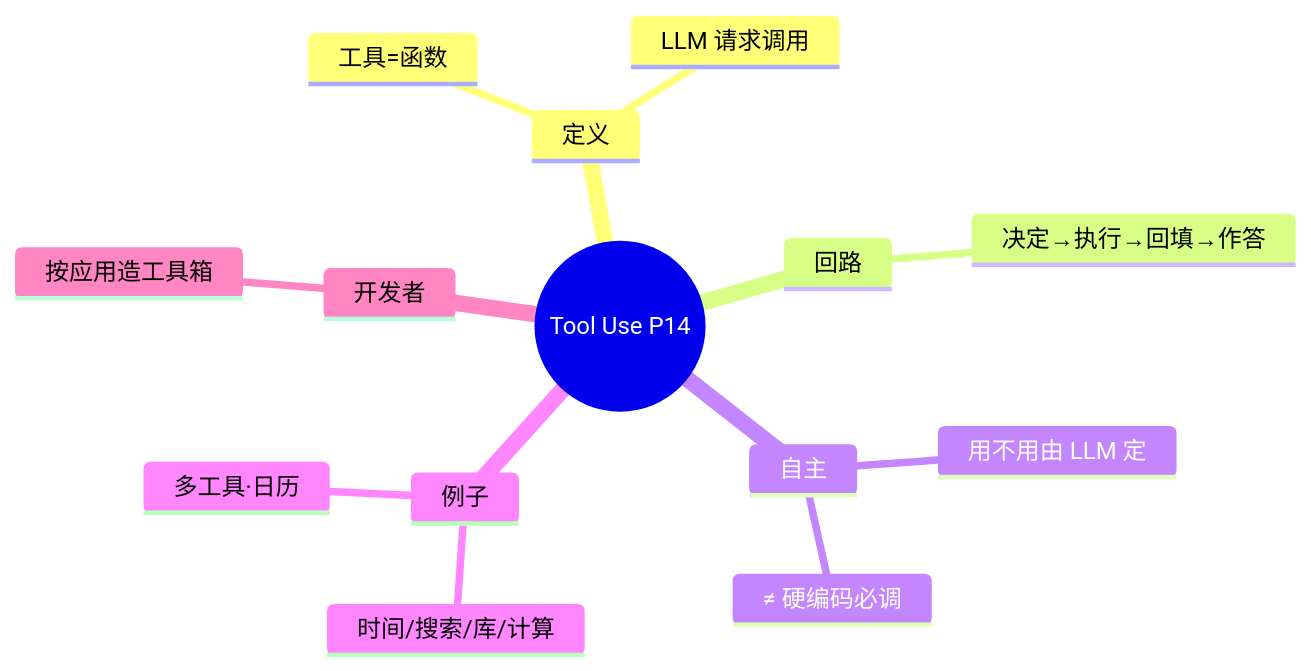
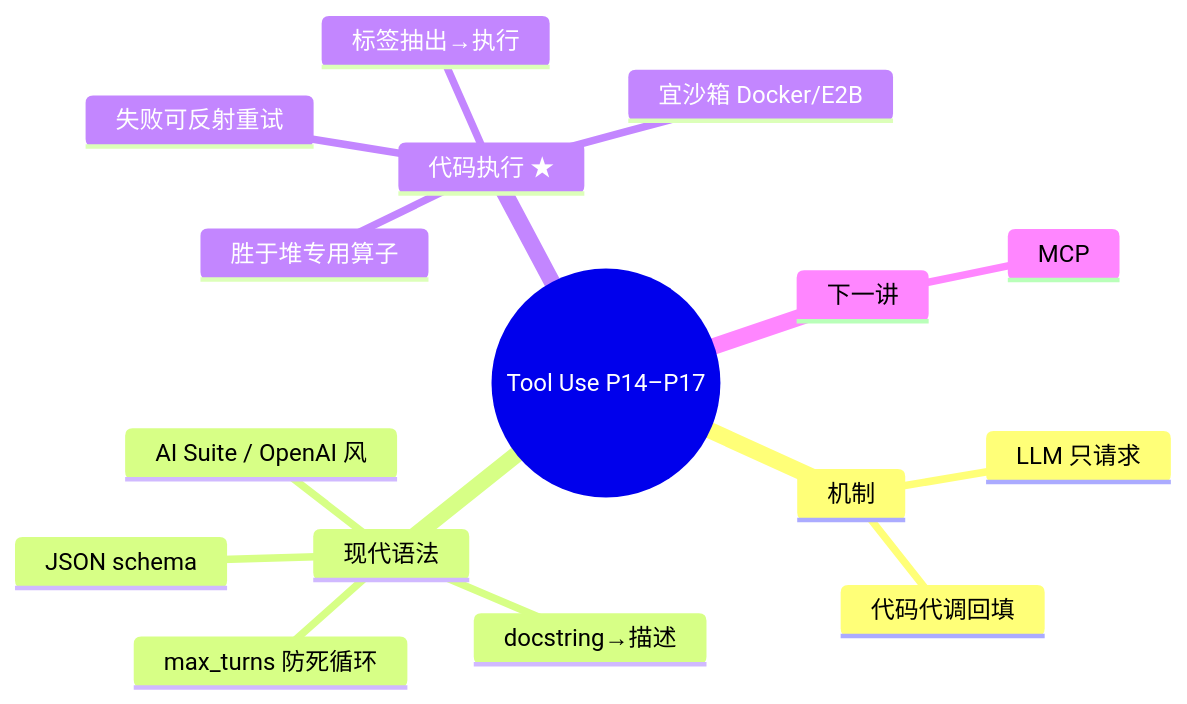
Diagram 53 of 53 in 3 学习笔记/11_Agent/02_Agentic.md (xiyan517/MyObsidian), drawn with Mermaid before and after one commit. The commit also changed other lines of this file and 4 other files, not shown here.

````diff
--- a/3 学习笔记/11_Agent/02_Agentic.md
+++ b/3 学习笔记/11_Agent/02_Agentic.md
@@ -1347,17 +1530,19 @@
 ```mermaid
 mindmap
-  root((Tool Use P14))
-    定义
-      工具=函数
-      LLM 请求调用
-    回路
-      决定→执行→回填→作答
-    自主
-      用不用由 LLM 定
-      ≠ 硬编码必调
-    例子
-      时间/搜索/库/计算
-      多工具·日历
-    开发者
-      按应用造工具箱
+  root((Tool Use P14–P17))
+    机制
+      LLM 只请求
+      代码代调回填
+    现代语法
+      JSON schema
+      docstring→描述
+      AI Suite / OpenAI 风
+      max_turns 防死循环
+    代码执行 ★
+      胜于堆专用算子
+      标签抽出→执行
+      失败可反射重试
+      宜沙箱 Docker/E2B
+    下一讲
+      MCP
 ```
````
